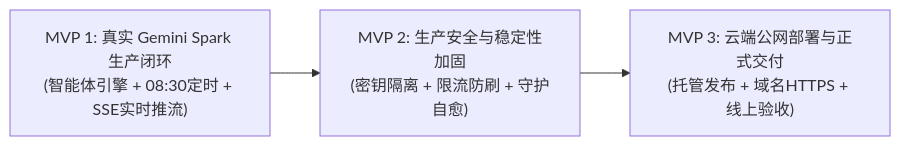
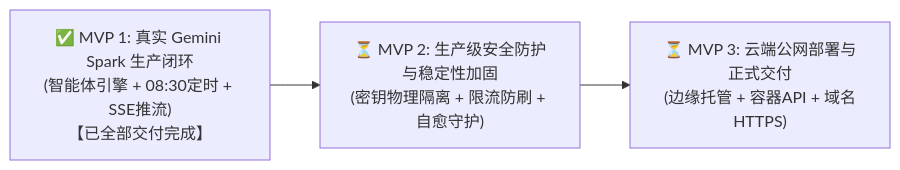
Before and after one commit to Shawn-cz/gemini-spark-news: the second of 2 diagrams in HANDOVER.md, drawn with Mermaid. The commit also changed other lines of this file, not shown here.

Commit message:
docs: update HANDOVER.md with complete MVP 1 delivery and architecture

````diff
--- a/HANDOVER.md
+++ b/HANDOVER.md
@@ -74,4 +146,4 @@
 ```mermaid
 flowchart LR
-    MVP1["MVP 1: 真实 Gemini Spark 生产闭环\n(智能体引擎 + 08:30定时 + SSE实时推流)"] --> MVP2["MVP 2: 生产安全与稳定性加固\n(密钥隔离 + 限流防刷 + 守护自愈)"] --> MVP3["MVP 3: 云端公网部署与正式交付\n(托管发布 + 域名HTTPS + 线上验收)"]
+    MVP1["✅ MVP 1: 真实 Gemini Spark 生产闭环\n(智能体引擎 + 08:30定时 + SSE推流)\n【已全部交付完成】"] --> MVP2["⏳ MVP 2: 生产级安全防护与稳定性加固\n(密钥物理隔离 + 限流防刷 + 自愈守护)"] --> MVP3["⏳ MVP 3: 云端公网部署与正式交付\n(边缘托管 + 容器API + 域名HTTPS)"]
 ```
````
